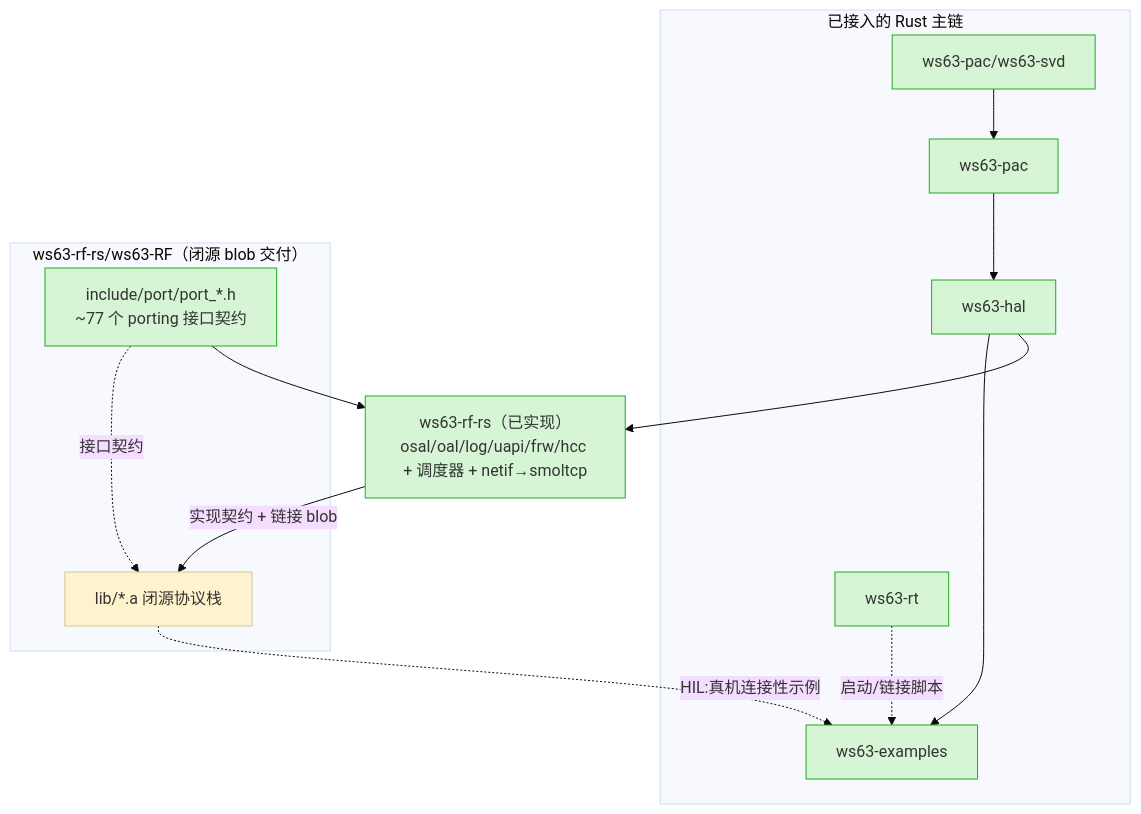
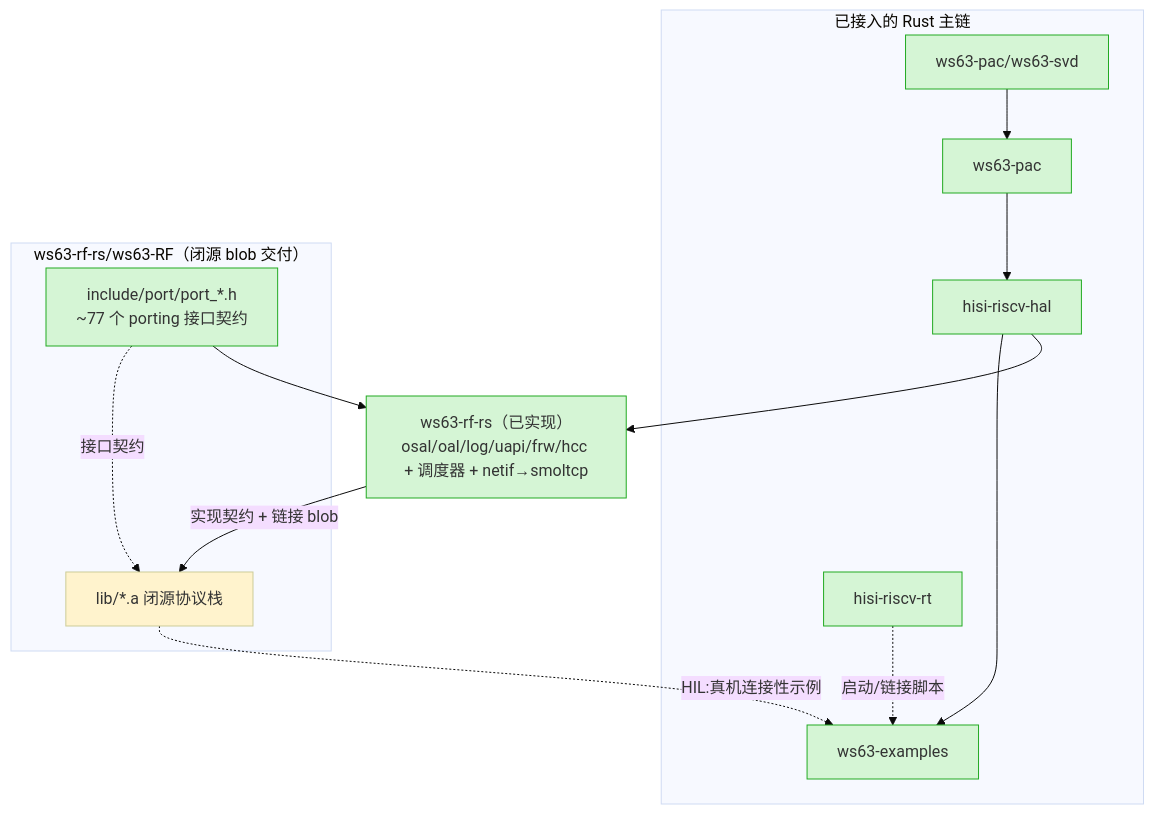
Before and after one commit to hispark-rs/hisi-riscv-rs: the diagram in docs/architecture/ws63-RF.md, drawn with Mermaid (base theme). The commit also changed other lines of this file and 50 other files, not shown here.

````diff
--- a/docs/architecture/ws63-RF.md
+++ b/docs/architecture/ws63-RF.md
@@ -24,24 +24,24 @@
 ```mermaid
 graph TD
     subgraph 主链["已接入的 Rust 主链"]
         SVD[ws63-pac/ws63-svd] --> PAC[ws63-pac]
-        PAC --> HAL[ws63-hal]
+        PAC --> HAL[hisi-riscv-hal]
         HAL --> EX[ws63-examples]
-        RT[ws63-rt] -.启动/链接脚本.-> EX
+        RT[hisi-riscv-rt] -.启动/链接脚本.-> EX
     end
     subgraph RF["ws63-rf-rs/ws63-RF（闭源 blob 交付）"]
         BLOB["lib/*.a 闭源协议栈"]
         PORT["include/port/port_*.h<br/>~77 个 porting 接口契约"]
         PORT -.接口契约.-> BLOB
     end
     PLATFORM["ws63-rf-rs（已实现）<br/>osal/oal/log/uapi/frw/hcc + 调度器 + netif→smoltcp"]
     HAL --> PLATFORM
     PORT --> PLATFORM
     PLATFORM -->|实现契约 + 链接 blob| BLOB
     BLOB -.HIL:真机连接性示例.-> EX
 
     classDef done fill:#d5f5d5,stroke:#2a2;
     classDef hil fill:#fff3cd,stroke:#cc9;
     class SVD,PAC,HAL,EX,RT,PORT,PLATFORM done;
     class BLOB hil;
 ```
````
